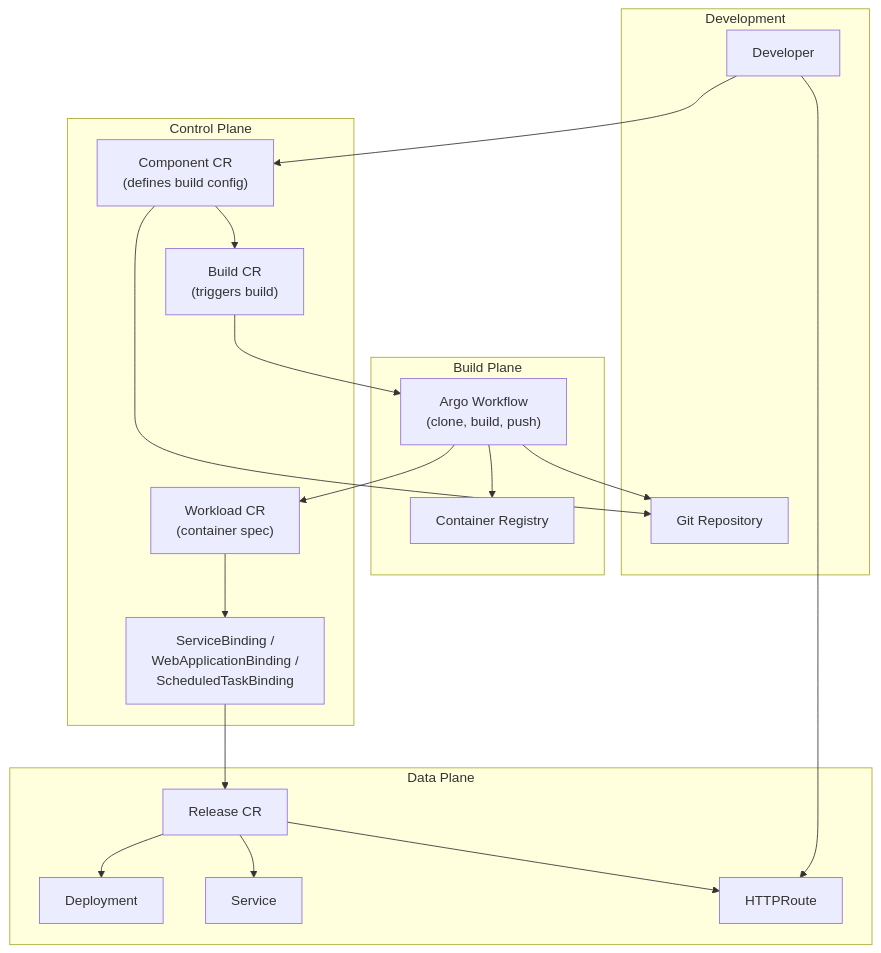
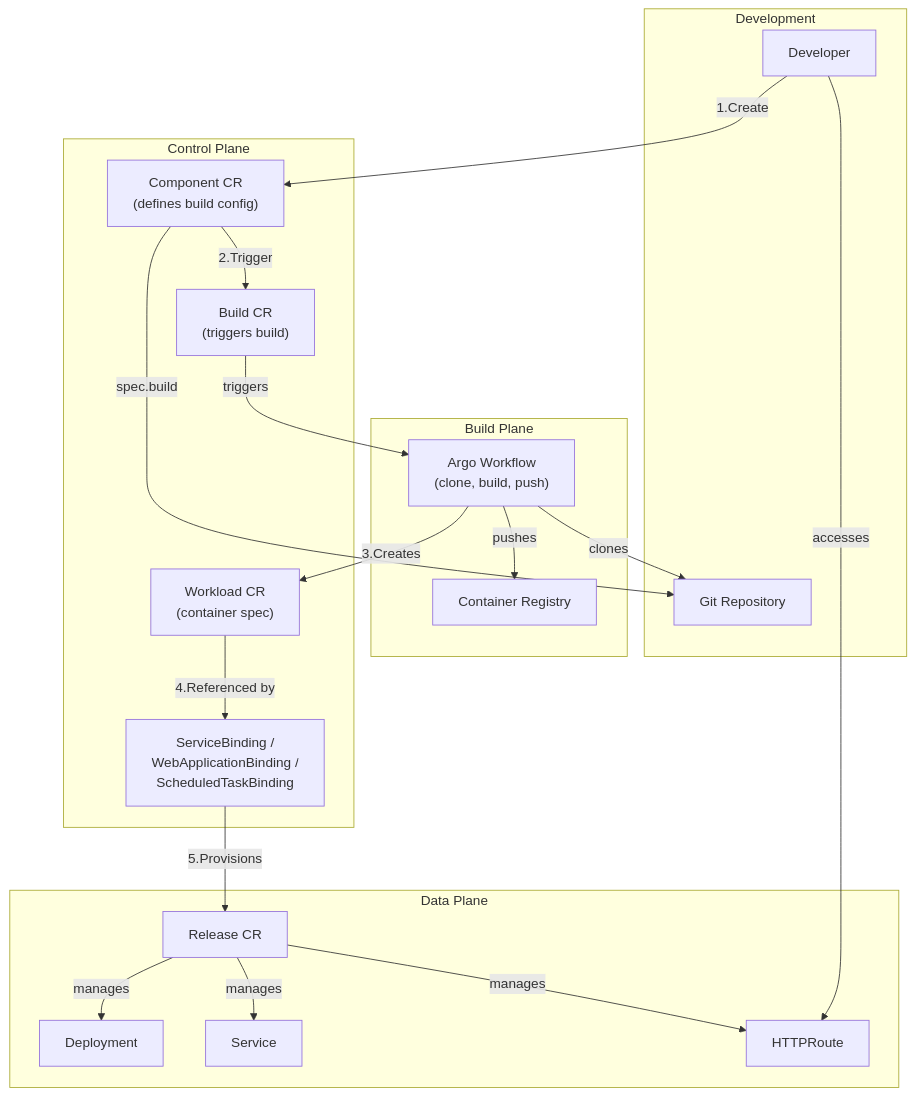
Before and after one commit to openchoreo/openchoreo: the first of 6 diagrams in docs/deepwiki/Deploying-Applications.md, drawn with Mermaid. The commit also changed other lines of this file and 85 other files, not shown here.

Commit message:
feat: Add new workflow and specification templates, update Helm chart dependencies, and clarify documentation diagrams.

````diff
--- a/docs/deepwiki/Deploying-Applications.md
+++ b/docs/deepwiki/Deploying-Applications.md
@@ -39,54 +39,54 @@
 ```mermaid
 flowchart TD
 
 Dev["Developer"]
 Repo["Git Repository"]
 Component["Component CR<br>(defines build config)"]
 Build["Build CR<br>(triggers build)"]
 Workload["Workload CR<br>(container spec)"]
 Binding["ServiceBinding /<br>WebApplicationBinding /<br>ScheduledTaskBinding"]
 ArgoWF["Argo Workflow<br>(clone, build, push)"]
 Registry["Container Registry"]
 Deployment["Deployment"]
 Service["Service"]
 HTTPRoute["HTTPRoute"]
 Release["Release CR"]
 
-Dev --> Component
-Component --> Repo
-Build --> ArgoWF
-ArgoWF --> Repo
-ArgoWF --> Workload
-Binding --> Release
-Dev --> HTTPRoute
+Dev -->|"1.Create"| Component
+Component -->|"spec.build"| Repo
+Build -->|"triggers"| ArgoWF
+ArgoWF -->|"clones"| Repo
+ArgoWF -->|"3.Creates"| Workload
+Binding -->|"5.Provisions"| Release
+Dev -->|"accesses"| HTTPRoute
 
 subgraph subGraph3 ["Data Plane"]
     Deployment
     Service
     HTTPRoute
     Release
-    Release --> Deployment
-    Release --> Service
-    Release --> HTTPRoute
+    Release -->|"manages"| Deployment
+    Release -->|"manages"| Service
+    Release -->|"manages"| HTTPRoute
 end
 
 subgraph subGraph2 ["Build Plane"]
     ArgoWF
     Registry
-    ArgoWF --> Registry
+    ArgoWF -->|"pushes"| Registry
 end
 
 subgraph subGraph1 ["Control Plane"]
     Component
     Build
     Workload
     Binding
-    Component --> Build
-    Workload --> Binding
+    Component -->|"2.Trigger"| Build
+    Workload -->|"4.Referenced by"| Binding
 end
 
 subgraph Development ["Development"]
     Dev
     Repo
 end
 ```
````
